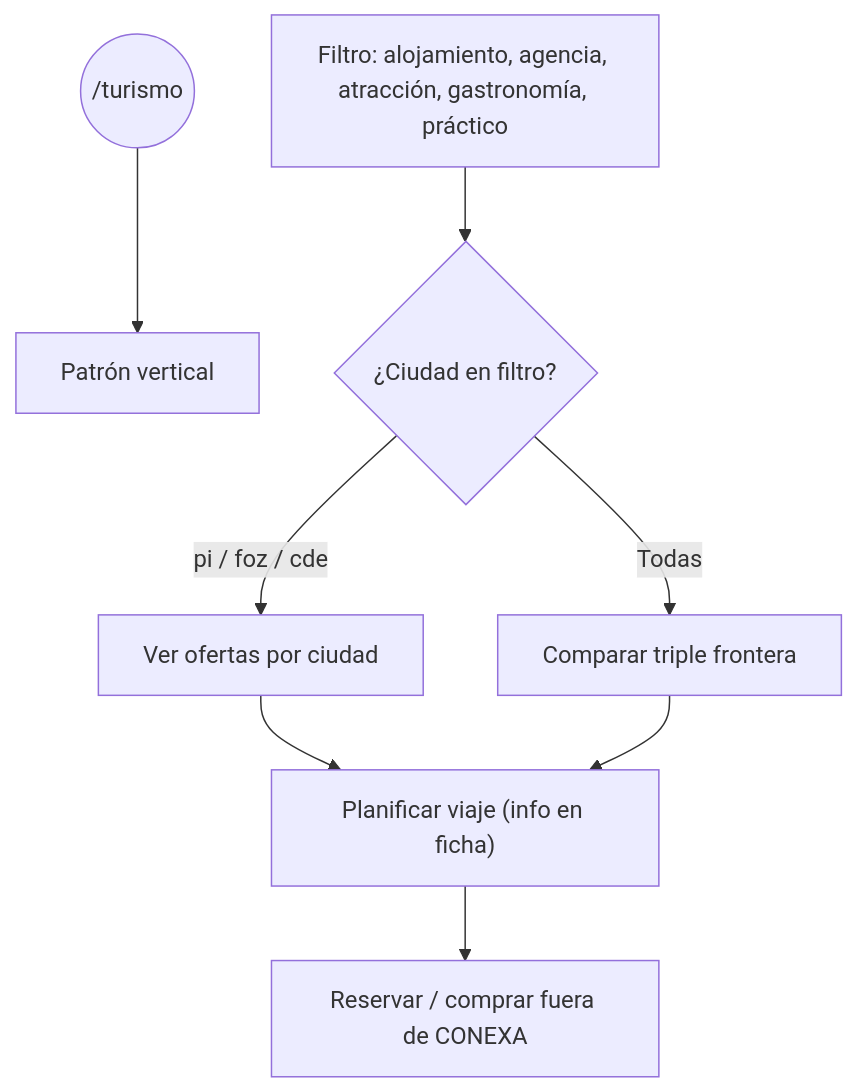
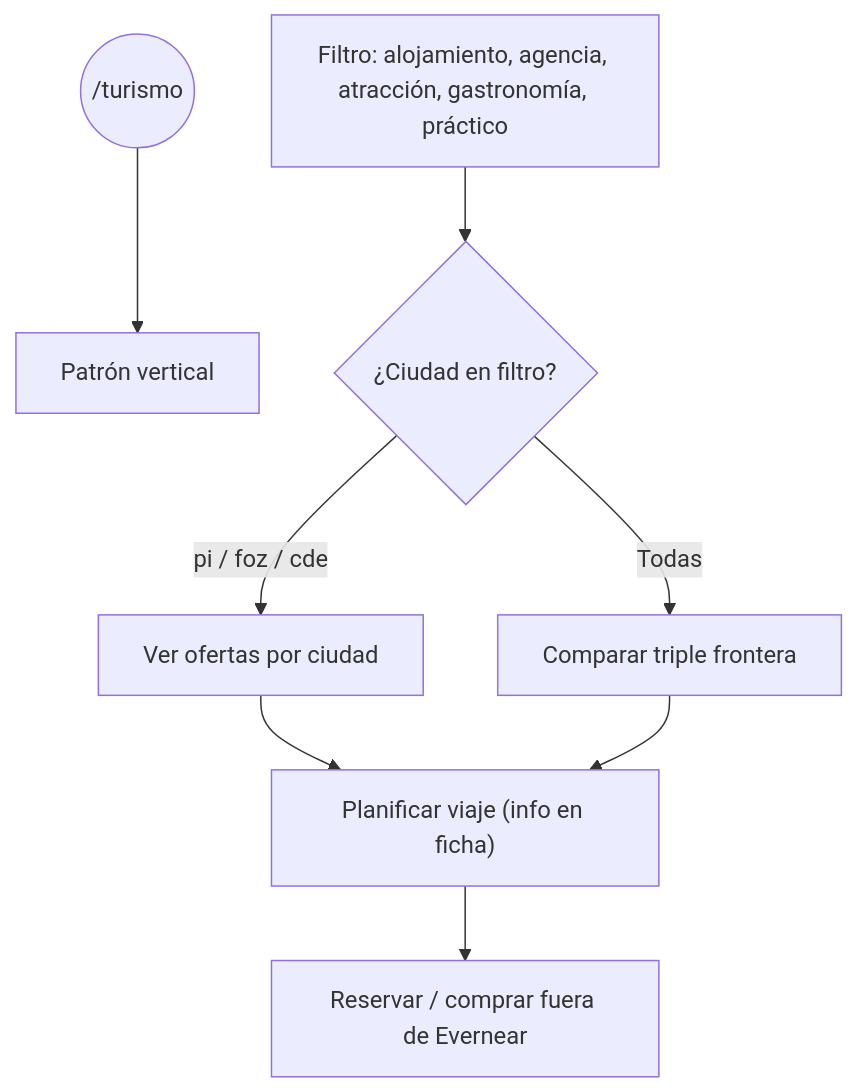
One commit to evernear-ig/evernear-site changed diagram 11 of 28 in docs/mapas-decision-rutas.md. Above: the diagram before and after it, drawn with Mermaid. The commit also changed other lines of this file and 264 other files, not shown here.

First line of the commit message:
Rebrand codebase from Trinexus/CONEXA to Evernear.

````diff
--- a/docs/mapas-decision-rutas.md
+++ b/docs/mapas-decision-rutas.md
@@ -202,10 +202,10 @@
 ```mermaid
 flowchart TD
   Start((/turismo)) --> Shared["Patrón vertical"]
   Cat["Filtro: alojamiento, agencia, atracción, gastronomía, práctico"] --> City{¿Ciudad en filtro?}
   City -->|pi / foz / cde| Local["Ver ofertas por ciudad"]
   City -->|Todas| Regional["Comparar triple frontera"]
   Local --> Plan["Planificar viaje (info en ficha)"]
   Regional --> Plan
-  Plan --> Ext["Reservar / comprar fuera de CONEXA"]
+  Plan --> Ext["Reservar / comprar fuera de Evernear"]
 ```
````
